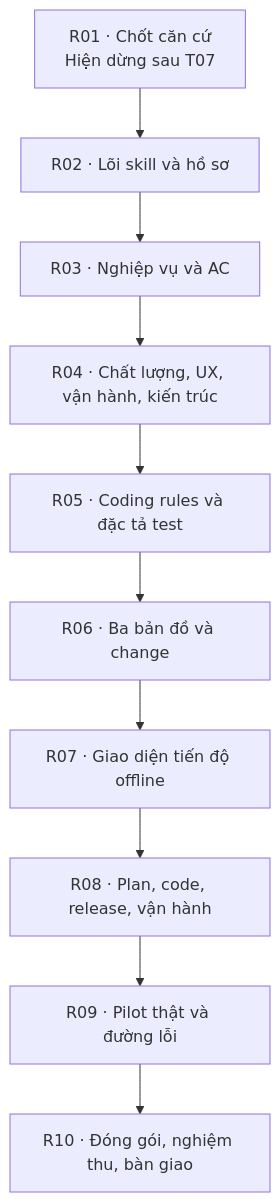
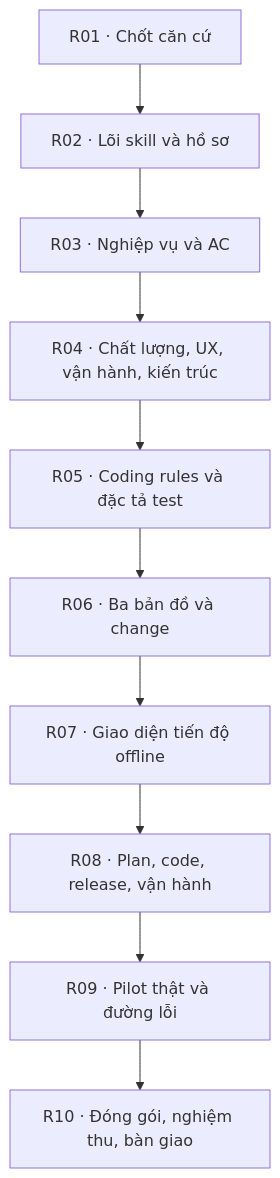
One commit to Kynderis/kidea changed the diagram in KIDEA_ROADMAP.md. Above: the diagram before and after it, drawn with Mermaid. The commit also changed other lines of this file and 1 other file, not shown here.

````diff
--- a/KIDEA_ROADMAP.md
+++ b/KIDEA_ROADMAP.md
@@ -264,12 +271,12 @@
 ```mermaid
 flowchart TD
-    R01["R01 · Chốt căn cứ<br/>Hiện dừng sau T07"] --> R02["R02 · Lõi skill và hồ sơ"]
+    R01["R01 · Chốt căn cứ"] --> R02["R02 · Lõi skill và hồ sơ"]
     R02 --> R03["R03 · Nghiệp vụ và AC"]
     R03 --> R04["R04 · Chất lượng, UX, vận hành, kiến trúc"]
     R04 --> R05["R05 · Coding rules và đặc tả test"]
     R05 --> R06["R06 · Ba bản đồ và change"]
     R06 --> R07["R07 · Giao diện tiến độ offline"]
     R07 --> R08["R08 · Plan, code, release, vận hành"]
     R08 --> R09["R09 · Pilot thật và đường lỗi"]
     R09 --> R10["R10 · Đóng gói, nghiệm thu, bàn giao"]
 ```
````
